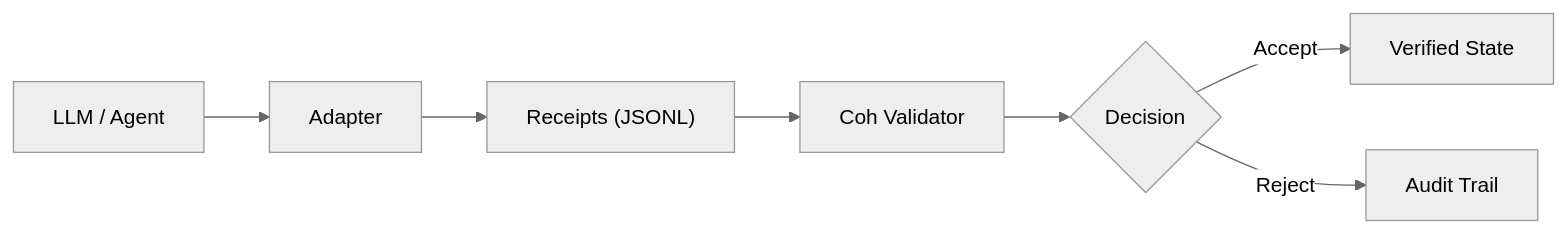
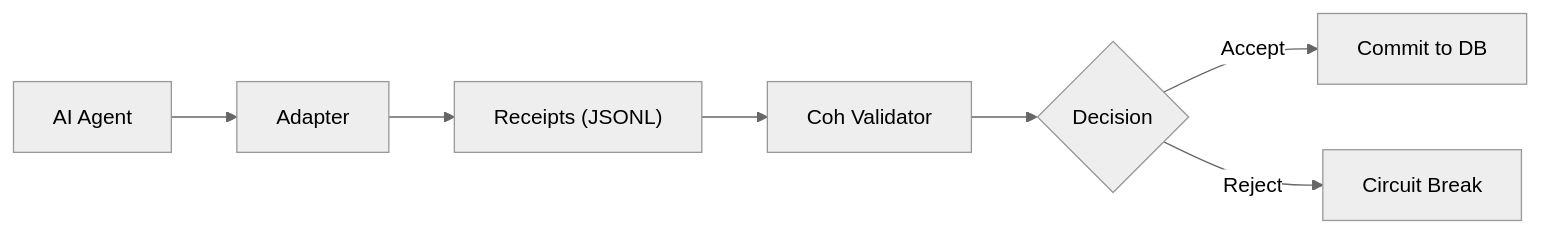
The diagram in coh-node/README.md (noeticanlabs/Coh-verifier-prototype), drawn with Mermaid (neutral theme) before and after one commit. The commit also changed other lines of this file and 3 other files, not shown here.

````diff
--- a/coh-node/README.md
+++ b/coh-node/README.md
@@ -15,9 +28,9 @@
 ```mermaid
 graph LR
-    A["LLM / Agent"] --> B["Adapter"]
+    A["AI Agent"] --> B["Adapter"]
     B --> C["Receipts (JSONL)"]
     C --> D["Coh Validator"]
     D --> E{Decision}
-    E -->|Accept| F[Verified State]
-    E -->|Reject| G[Audit Trail]
+    E -->|Accept| F[Commit to DB]
+    E -->|Reject| G[Circuit Break]
 ```
````
